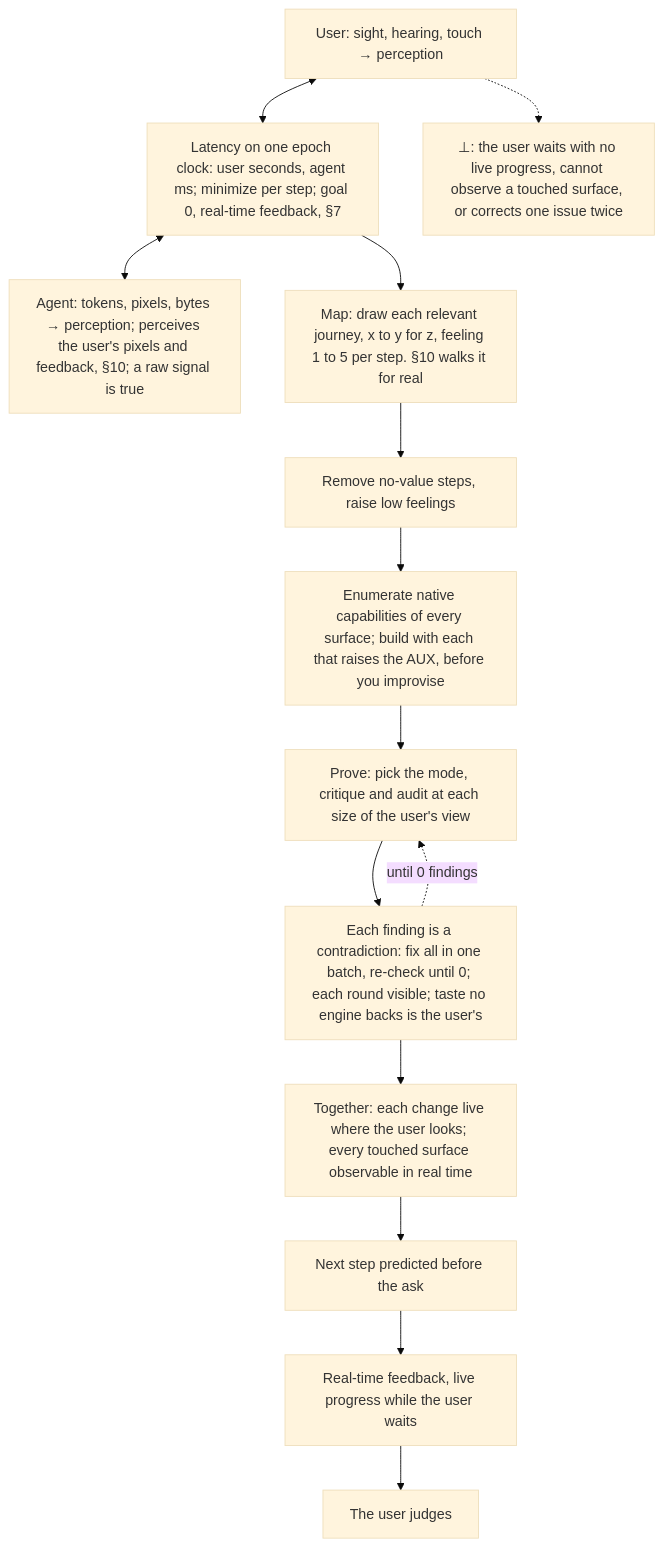
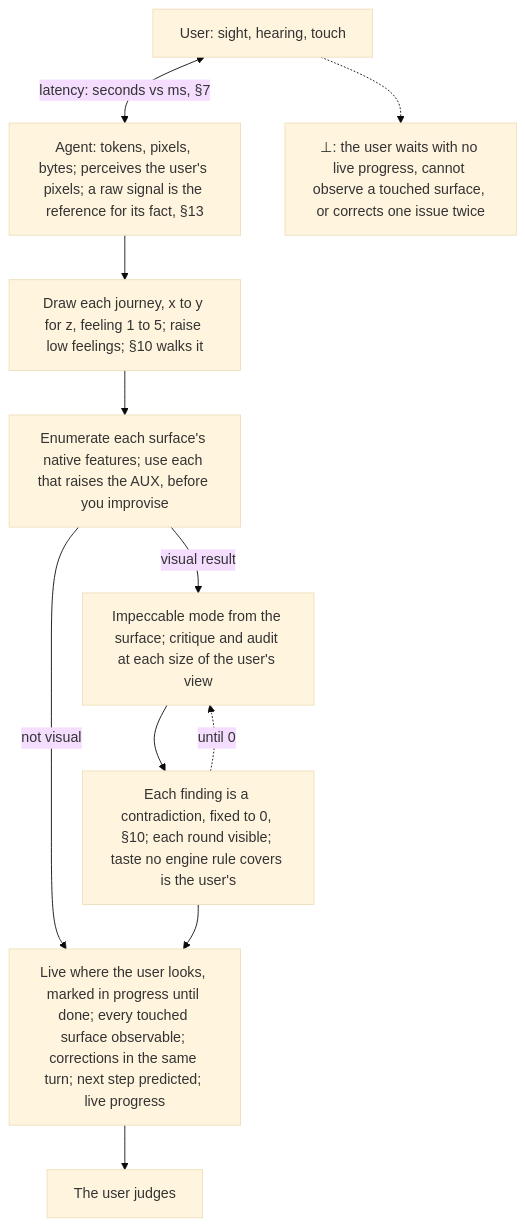
Before and after one commit to SolenixAI/arbiter: the third of 14 diagrams in AGENTS.md, drawn with Mermaid (base theme). The commit also changed other lines of this file and 5 other files, not shown here.

First line of the commit message:
feat(agents): root v2, every token earns its place, 0 contradictions with 5:0 (#52)

````diff
--- a/AGENTS.md
+++ b/AGENTS.md
@@ -168,15 +115,13 @@
 ```mermaid
 flowchart TD
-  US["User: sight, hearing, touch → perception"] <--> LT["Latency on one epoch clock: user seconds, agent ms; minimize per step; goal 0, real-time feedback, §7"] <--> AG["Agent: tokens, pixels, bytes → perception; perceives the user's pixels and feedback, §10; a raw signal is true"]
-  LT --> M
-  M["Map: draw each relevant journey, x to y for z, feeling 1 to 5 per step. §10 walks it for real"] --> R["Remove no-value steps, raise low feelings"]
-  R --> B["Enumerate native capabilities of every surface; build with each that raises the AUX, before you improvise"]
-  B --> P["Prove: pick the mode, critique and audit at each size of the user's view"]
-  P --> F["Each finding is a contradiction: fix all in one batch, re-check until 0; each round visible; taste no engine backs is the user's"]
-  F -.->|until 0 findings| P
-  F --> T["Together: each change live where the user looks; every touched surface observable in real time"]
-  T --> N["Next step predicted before the ask"]
-  N --> RT["Real-time feedback, live progress while the user waits"]
-  RT --> J["The user judges"]
+  US["User: sight, hearing, touch"] <-->|"latency: seconds vs ms, §7"| AG["Agent: tokens, pixels, bytes; perceives the user's pixels; a raw signal is the reference for its fact, §13"]
+  AG --> M["Draw each journey, x to y for z, feeling 1 to 5; raise low feelings; §10 walks it"]
+  M --> B["Enumerate each surface's native features; use each that raises the AUX, before you improvise"]
+  B -->|visual result| P["Impeccable mode from the surface; critique and audit at each size of the user's view"]
+  P --> F["Each finding is a contradiction, fixed to 0, §10; each round visible; taste no engine rule covers is the user's"]
+  F -.->|until 0| P
+  B -->|not visual| T
+  F --> T["Live where the user looks, marked in progress until done; every touched surface observable; corrections in the same turn; next step predicted; live progress"]
+  T --> J["The user judges"]
   US -.-> BOT["⊥: the user waits with no live progress, cannot observe a touched surface, or corrects one issue twice"]
 ```
````
